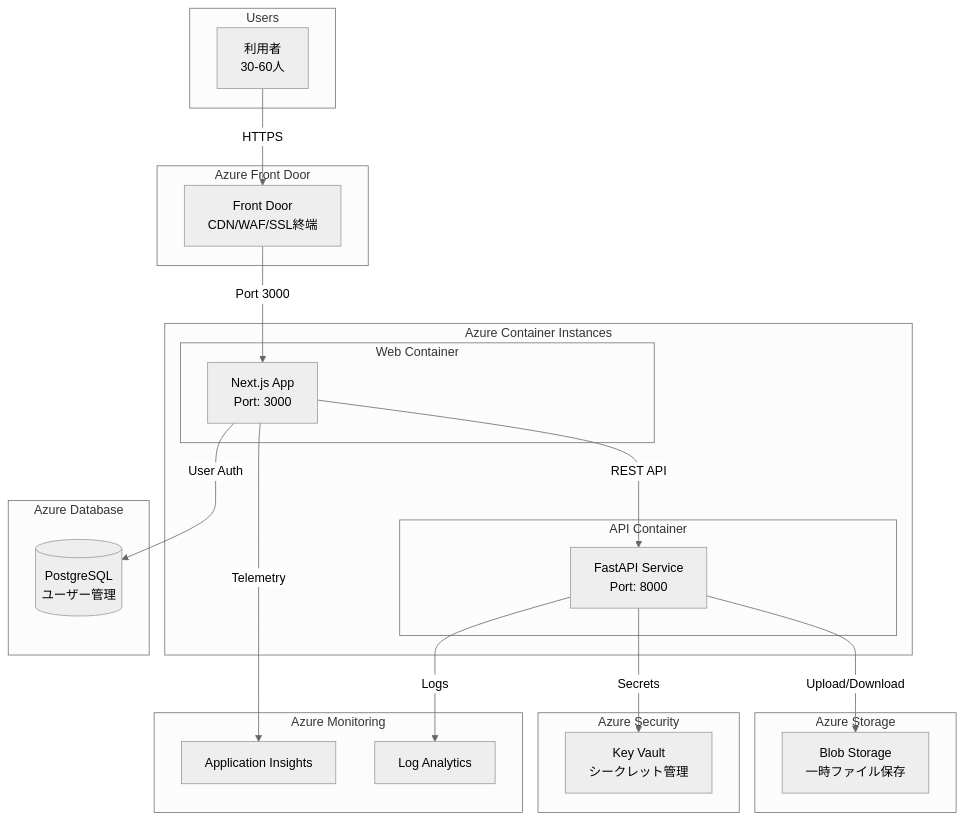
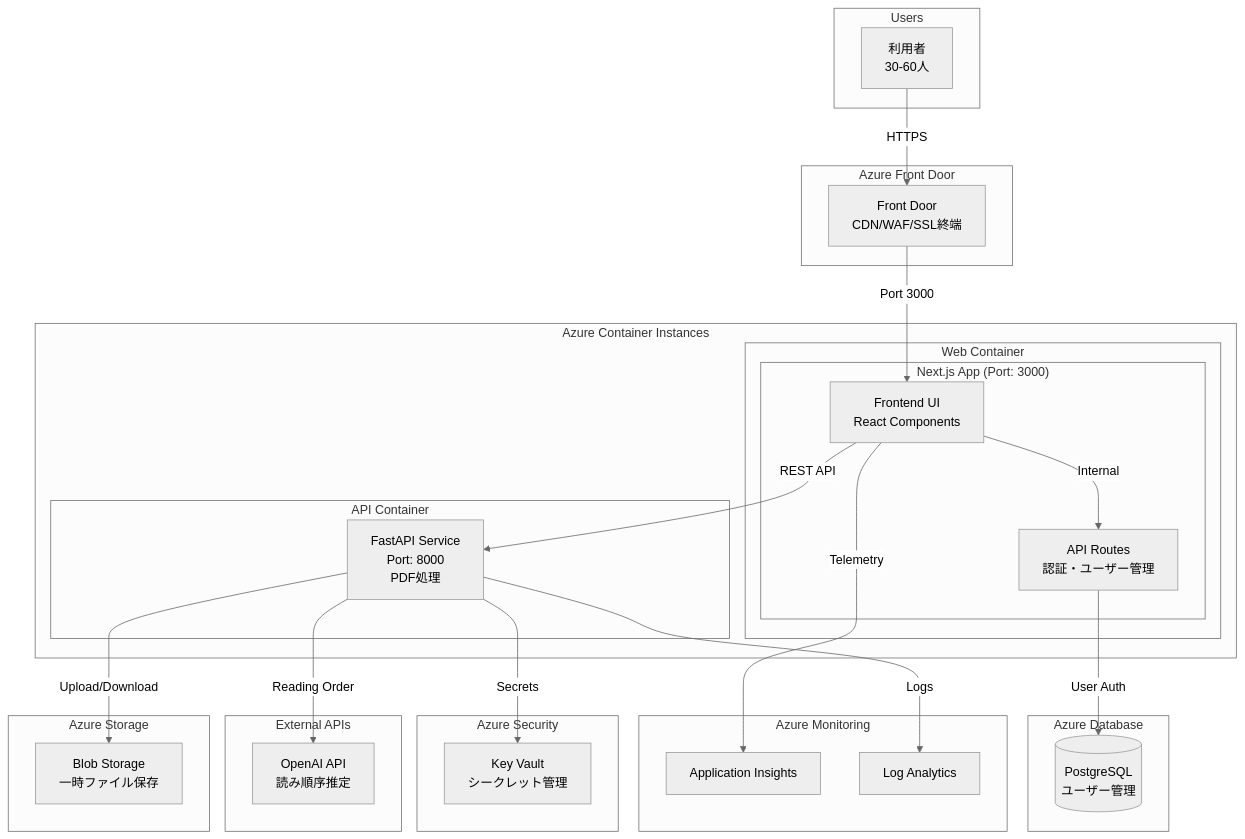
The first of 8 diagrams in docs/architecture/system-architecture.md (07130918/document-check), drawn with Mermaid (neutral theme) before and after one commit. The commit also changed other lines of this file and 3 other files, not shown here.

````diff
--- a/docs/architecture/system-architecture.md
+++ b/docs/architecture/system-architecture.md
@@ -5,45 +10,54 @@
 ```mermaid
 graph TB
     subgraph "Users"
         U[利用者<br/>30-60人]
     end
 
     subgraph "Azure Front Door"
         FD[Front Door<br/>CDN/WAF/SSL終端]
     end
 
     subgraph "Azure Container Instances"
         subgraph "Web Container"
-            WEB[Next.js App<br/>Port: 3000]
+            subgraph "Next.js App (Port: 3000)"
+                WEBUI[Frontend UI<br/>React Components]
+                WEBAPI[API Routes<br/>認証・ユーザー管理]
+            end
         end
         subgraph "API Container"
-            API[FastAPI Service<br/>Port: 8000]
+            API[FastAPI Service<br/>Port: 8000<br/>PDF処理]
         end
     end
 
     subgraph "Azure Storage"
         BLOB[Blob Storage<br/>一時ファイル保存]
     end
 
     subgraph "Azure Database"
         DB[(PostgreSQL<br/>ユーザー管理)]
     end
 
     subgraph "Azure Security"
         KV[Key Vault<br/>シークレット管理]
     end
 
+    subgraph "External APIs"
+        OPENAI[OpenAI API<br/>読み順序推定]
+    end
+
     subgraph "Azure Monitoring"
         AI[Application Insights]
         LA[Log Analytics]
     end
 
     U -->|HTTPS| FD
-    FD -->|Port 3000| WEB
-    WEB -->|REST API| API
+    FD -->|Port 3000| WEBUI
+    WEBUI -->|Internal| WEBAPI
+    WEBUI -->|REST API| API
     API -->|Upload/Download| BLOB
-    WEB -->|User Auth| DB
+    WEBAPI -->|User Auth| DB
+    API -->|Reading Order| OPENAI
     API -->|Secrets| KV
-    WEB -->|Telemetry| AI
+    WEBUI -->|Telemetry| AI
     API -->|Logs| LA
 ```
````
